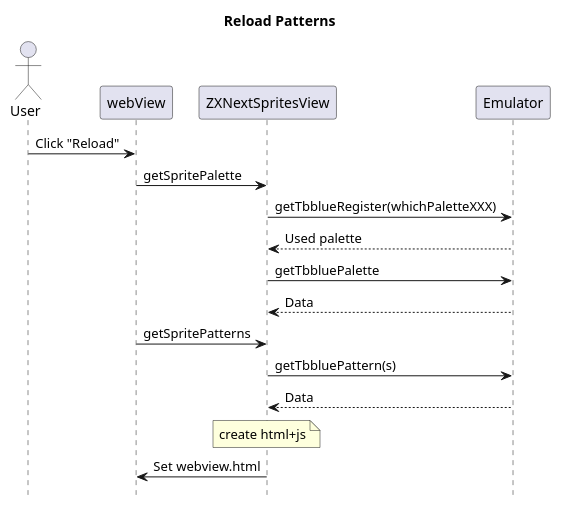
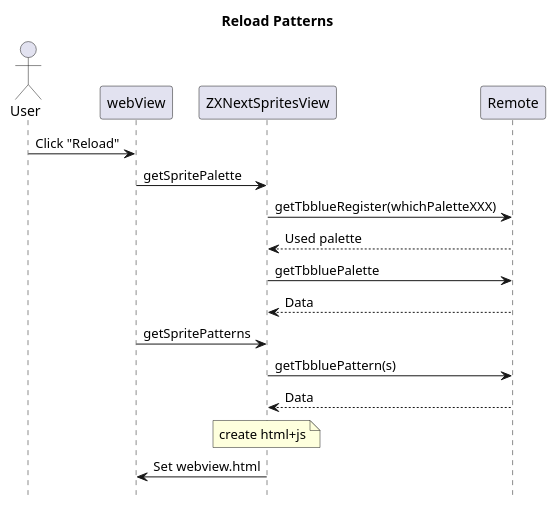
One commit to maziac/DeZog changed the fifth of 9 diagrams in design/design.md. Above: the diagram before and after it, drawn with PlantUML. The commit also changed other lines of this file and 3 other files, not shown here.

````diff
--- a/design/design.md
+++ b/design/design.md
@@ -321,19 +307,19 @@
 ```puml
 hide footbox
 title Reload Patterns
 actor User
 User -> webView: Click "Reload"
 
 webView -> ZXNextSpritesView: getSpritePalette
-    ZXNextSpritesView -> Emulator: getTbblueRegister(whichPaletteXXX)
-    ZXNextSpritesView <-- Emulator: Used palette
-    ZXNextSpritesView -> Emulator: getTbbluePalette
-    ZXNextSpritesView <-- Emulator: Data
+    ZXNextSpritesView -> Remote: getTbblueRegister(whichPaletteXXX)
+    ZXNextSpritesView <-- Remote: Used palette
+    ZXNextSpritesView -> Remote: getTbbluePalette
+    ZXNextSpritesView <-- Remote: Data
 
 webView -> ZXNextSpritesView: getSpritePatterns
-    ZXNextSpritesView -> Emulator: getTbbluePattern(s)
-    ZXNextSpritesView <-- Emulator: Data
+    ZXNextSpritesView -> Remote: getTbbluePattern(s)
+    ZXNextSpritesView <-- Remote: Data
 
 note over ZXNextSpritesView: create html+js
 ZXNextSpritesView -> webView: Set webview.html
 ```
````
